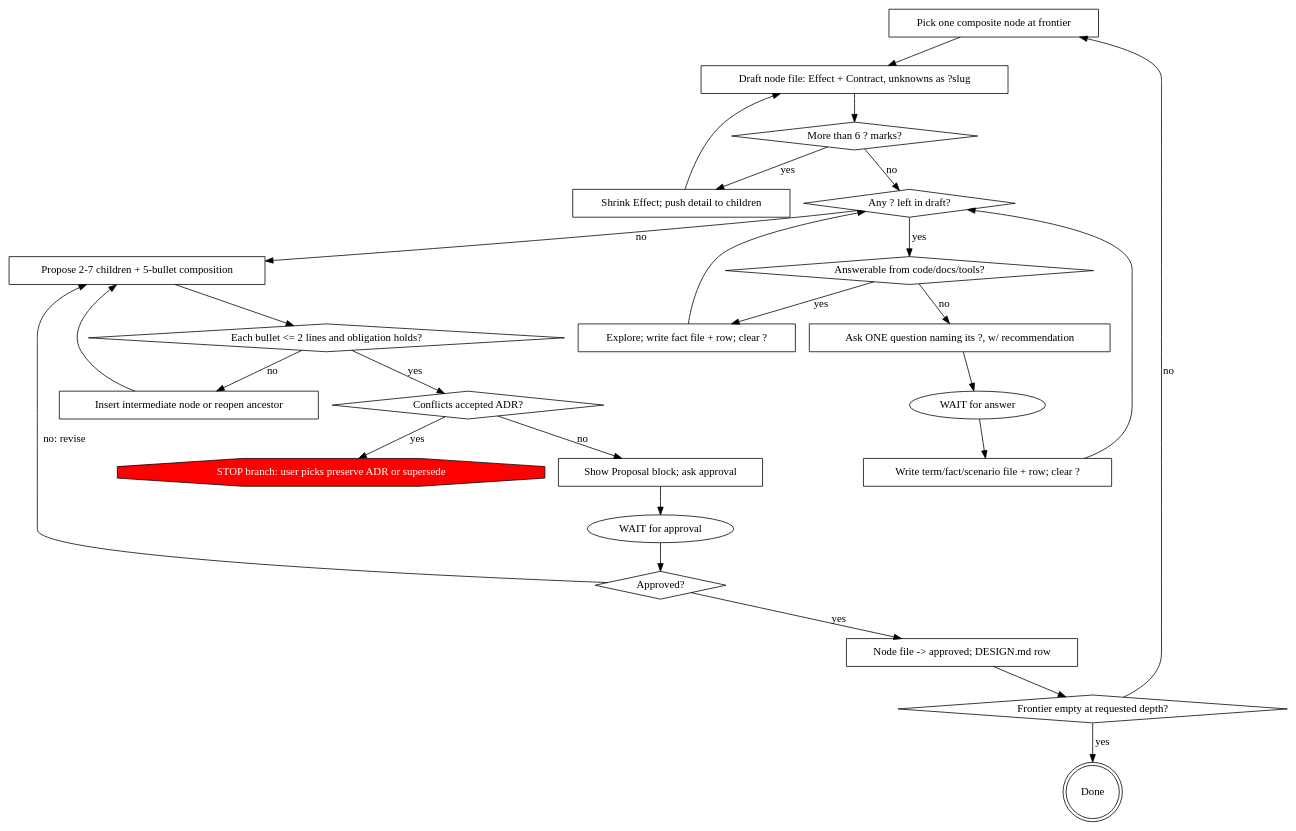
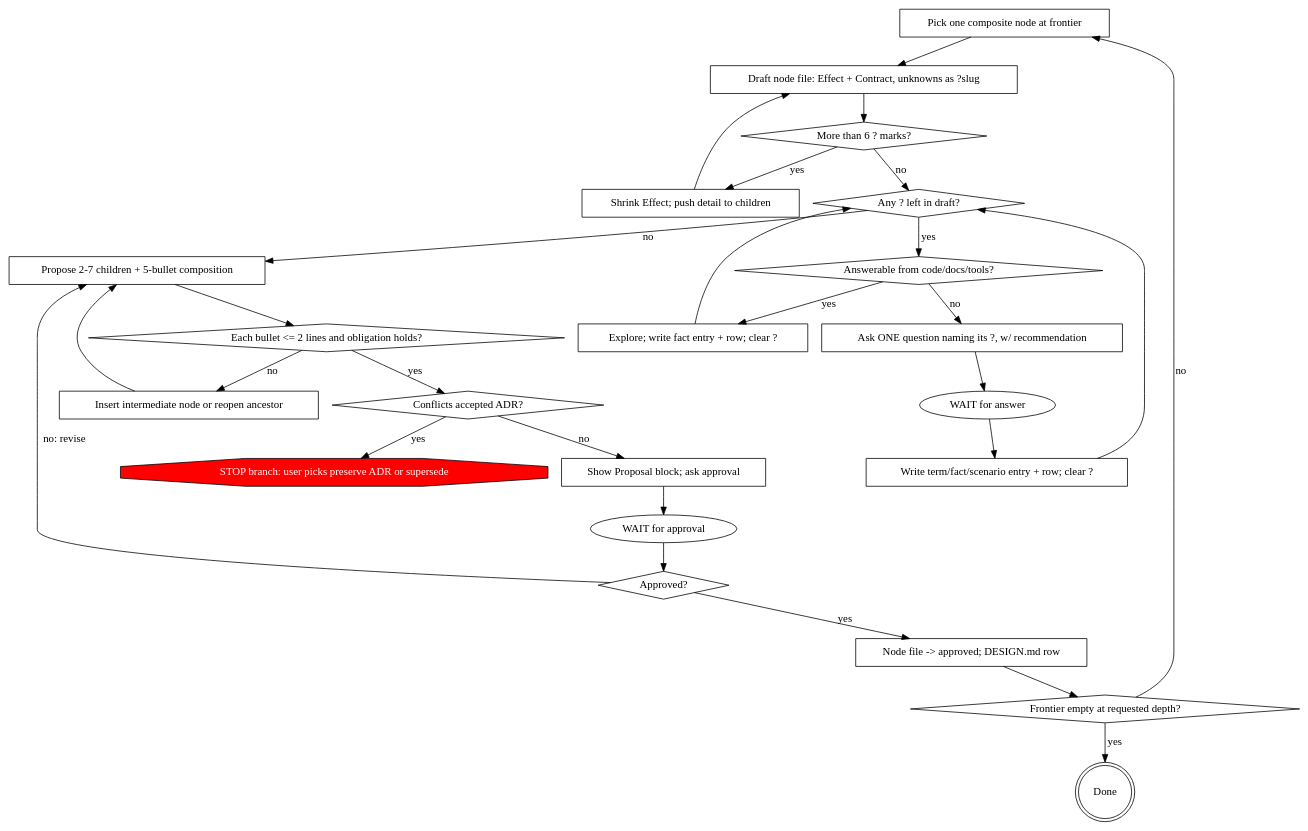
The diagram in constructing-software-stepwise/skills/constructing-software-stepwise/SKILL.md (HollandDM/my-skills), drawn with Graphviz before and after one commit. The commit also changed other lines of this file and 4 other files, not shown here.

````diff
--- a/constructing-software-stepwise/skills/constructing-software-stepwise/SKILL.md
+++ b/constructing-software-stepwise/skills/constructing-software-stepwise/SKILL.md
@@ -72,52 +71,52 @@
 ```dot
 digraph refine {
     "Pick one composite node at frontier" [shape=box];
     "Draft node file: Effect + Contract, unknowns as ?slug" [shape=box];
     "More than 6 ? marks?" [shape=diamond];
     "Shrink Effect; push detail to children" [shape=box];
     "Any ? left in draft?" [shape=diamond];
     "Answerable from code/docs/tools?" [shape=diamond];
-    "Explore; write fact file + row; clear ?" [shape=box];
+    "Explore; write fact entry + row; clear ?" [shape=box];
     "Ask ONE question naming its ?, w/ recommendation" [shape=box];
     "WAIT for answer" [shape=ellipse];
-    "Write term/fact/scenario file + row; clear ?" [shape=box];
+    "Write term/fact/scenario entry + row; clear ?" [shape=box];
     "Propose 2-7 children + 5-bullet composition" [shape=box];
     "Each bullet <= 2 lines and obligation holds?" [shape=diamond];
     "Insert intermediate node or reopen ancestor" [shape=box];
     "Conflicts accepted ADR?" [shape=diamond];
     "STOP branch: user picks preserve ADR or supersede" [shape=octagon, style=filled, fillcolor=red, fontcolor=white];
     "Show Proposal block; ask approval" [shape=box];
     "WAIT for approval" [shape=ellipse];
     "Approved?" [shape=diamond];
     "Node file -> approved; DESIGN.md row" [shape=box];
     "Frontier empty at requested depth?" [shape=diamond];
     "Done" [shape=doublecircle];
 
     "Pick one composite node at frontier" -> "Draft node file: Effect + Contract, unknowns as ?slug";
     "Draft node file: Effect + Contract, unknowns as ?slug" -> "More than 6 ? marks?";
     "More than 6 ? marks?" -> "Shrink Effect; push detail to children" [label="yes"];
     "Shrink Effect; push detail to children" -> "Draft node file: Effect + Contract, unknowns as ?slug";
     "More than 6 ? marks?" -> "Any ? left in draft?" [label="no"];
     "Any ? left in draft?" -> "Answerable from code/docs/tools?" [label="yes"];
-    "Answerable from code/docs/tools?" -> "Explore; write fact file + row; clear ?" [label="yes"];
-    "Explore; write fact file + row; clear ?" -> "Any ? left in draft?";
+    "Answerable from code/docs/tools?" -> "Explore; write fact entry + row; clear ?" [label="yes"];
+    "Explore; write fact entry + row; clear ?" -> "Any ? left in draft?";
     "Answerable from code/docs/tools?" -> "Ask ONE question naming its ?, w/ recommendation" [label="no"];
     "Ask ONE question naming its ?, w/ recommendation" -> "WAIT for answer";
-    "WAIT for answer" -> "Write term/fact/scenario file + row; clear ?";
-    "Write term/fact/scenario file + row; clear ?" -> "Any ? left in draft?";
+    "WAIT for answer" -> "Write term/fact/scenario entry + row; clear ?";
+    "Write term/fact/scenario entry + row; clear ?" -> "Any ? left in draft?";
     "Any ? left in draft?" -> "Propose 2-7 children + 5-bullet composition" [label="no"];
     "Propose 2-7 children + 5-bullet composition" -> "Each bullet <= 2 lines and obligation holds?";
     "Each bullet <= 2 lines and obligation holds?" -> "Insert intermediate node or reopen ancestor" [label="no"];
     "Insert intermediate node or reopen ancestor" -> "Propose 2-7 children + 5-bullet composition";
     "Each bullet <= 2 lines and obligation holds?" -> "Conflicts accepted ADR?" [label="yes"];
     "Conflicts accepted ADR?" -> "STOP branch: user picks preserve ADR or supersede" [label="yes"];
     "Conflicts accepted ADR?" -> "Show Proposal block; ask approval" [label="no"];
     "Show Proposal block; ask approval" -> "WAIT for approval";
     "WAIT for approval" -> "Approved?";
     "Approved?" -> "Propose 2-7 children + 5-bullet composition" [label="no: revise"];
     "Approved?" -> "Node file -> approved; DESIGN.md row" [label="yes"];
     "Node file -> approved; DESIGN.md row" -> "Frontier empty at requested depth?";
     "Frontier empty at requested depth?" -> "Done" [label="yes"];
     "Frontier empty at requested depth?" -> "Pick one composite node at frontier" [label="no"];
 }
 ```
````
